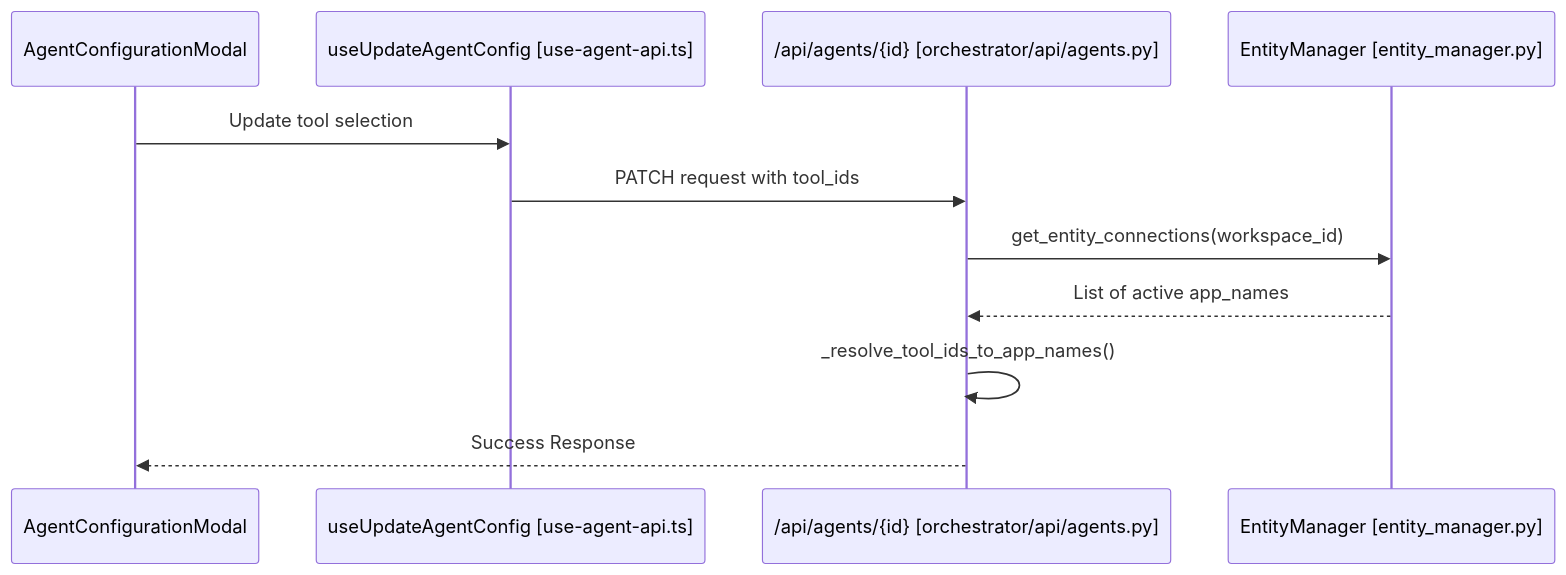
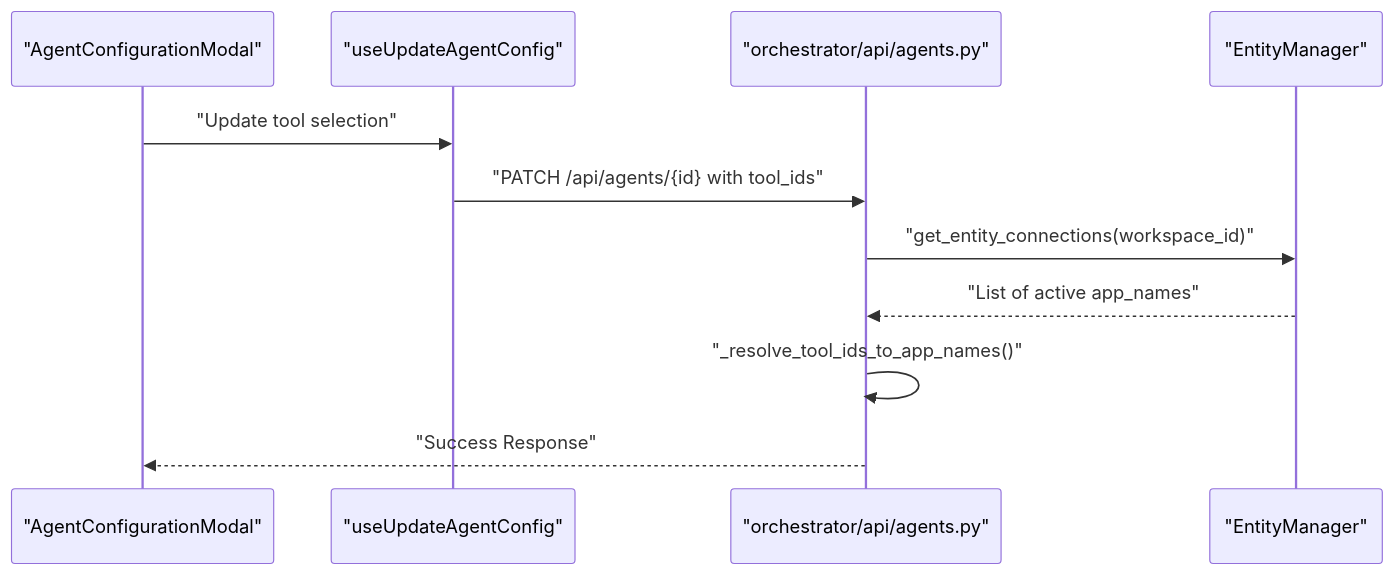
The second of 2 diagrams in docs/agents/agent-configuration.md (AutomatosAI/automatos-ai), drawn with Mermaid before and after one commit. The commit also changed other lines of this file and 188 other files, not shown here.

First line of the commit message:
docs: refresh architecture docs and add coverage for new subsystems (#1416)

````diff
--- a/docs/agents/agent-configuration.md
+++ b/docs/agents/agent-configuration.md
@@ -144,14 +119,14 @@
 ```mermaid
 sequenceDiagram
-    participant UI as AgentConfigurationModal
-    participant Hook as useUpdateAgentConfig [use-agent-api.ts]
-    participant API as /api/agents/{id} [orchestrator/api/agents.py]
-    participant EM as EntityManager [entity_manager.py]
+    participant UI as "AgentConfigurationModal"
+    participant Hook as "useUpdateAgentConfig"
+    participant API as "orchestrator/api/agents.py"
+    participant EM as "EntityManager"
 
-    UI->>Hook: Update tool selection
-    Hook->>API: PATCH request with tool_ids
-    API->>EM: get_entity_connections(workspace_id)
-    EM-->>API: List of active app_names
-    API->>API: _resolve_tool_ids_to_app_names()
-    API-->>UI: Success Response
+    UI->>Hook: "Update tool selection"
+    Hook->>API: "PATCH /api/agents/{id} with tool_ids"
+    API->>EM: "get_entity_connections(workspace_id)"
+    EM-->>API: "List of active app_names"
+    API->>API: "_resolve_tool_ids_to_app_names()"
+    API-->>UI: "Success Response"
 ```
````
